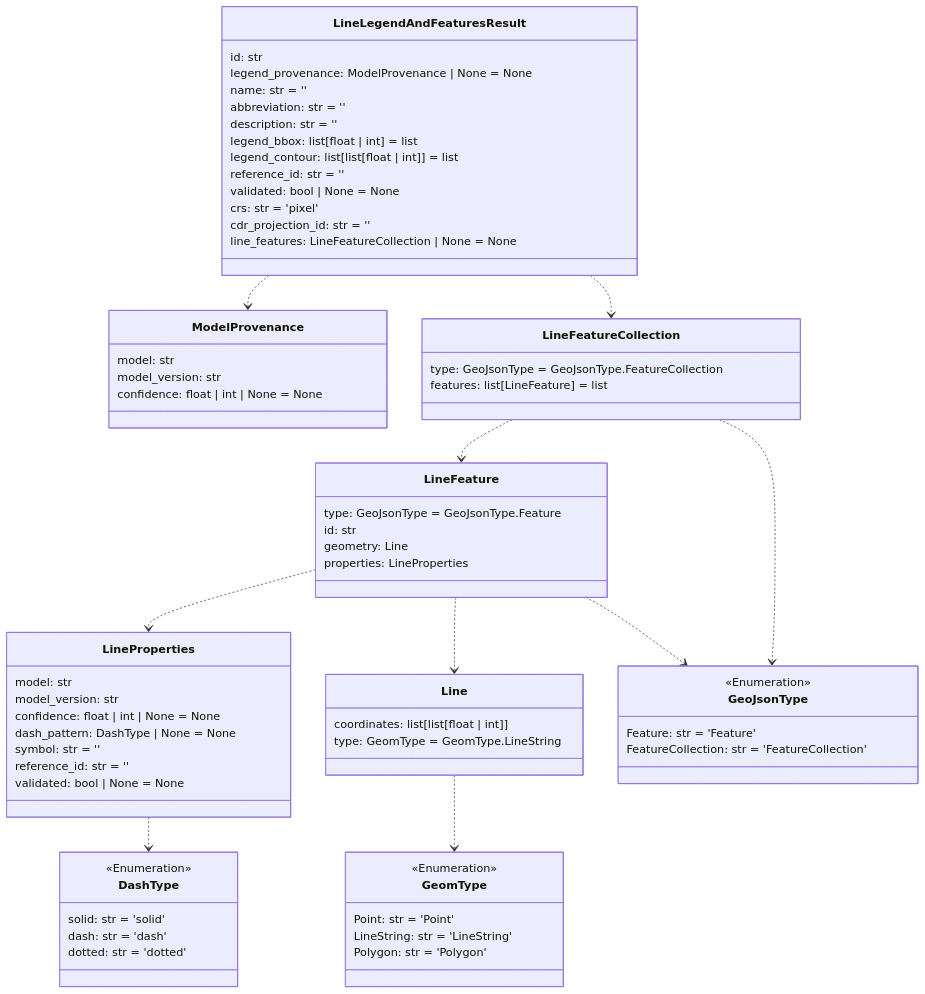
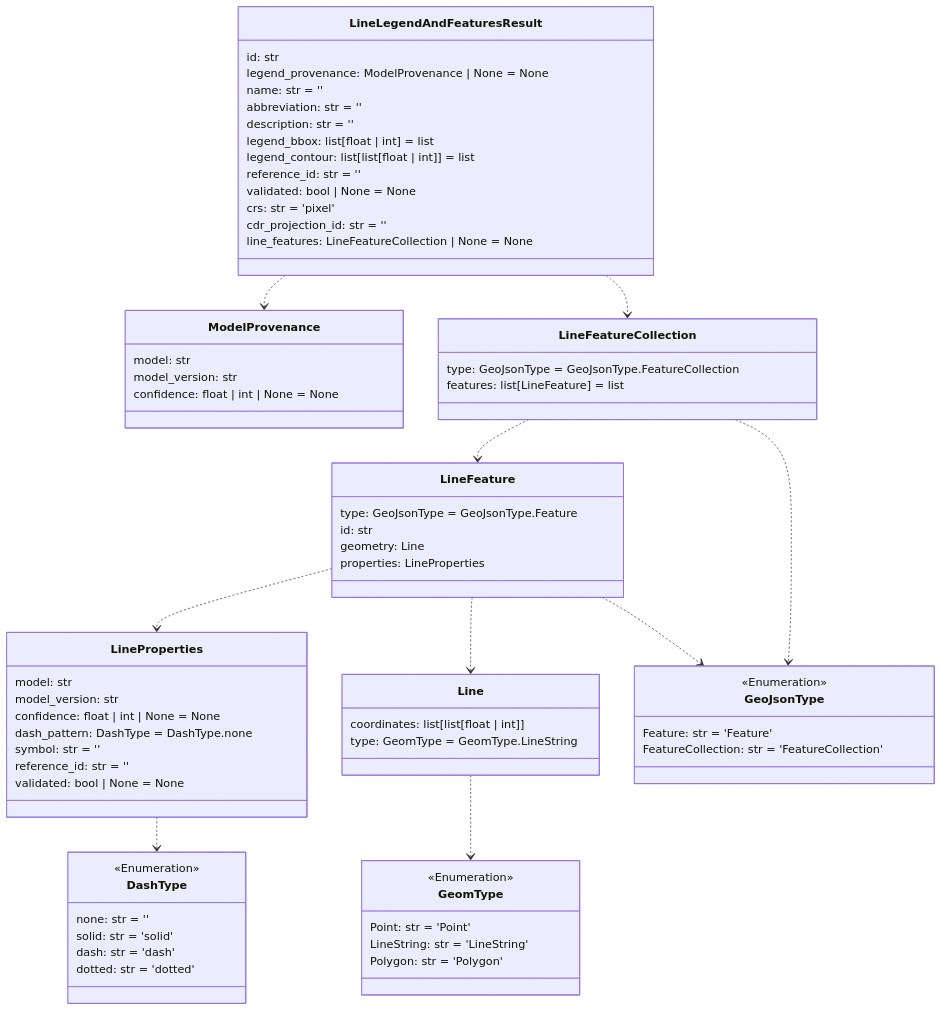
One commit to DARPA-CRITICALMAAS/cdr_schemas changed the sixth of 14 diagrams in README.md. Above: the diagram before and after it, drawn with Mermaid. The commit also changed 2 other files, not shown here.

Commit message:
Fix `dash_pattern` (#63)
* fix: dash_pattern

* docs: updated

````diff
--- a/README.md
+++ b/README.md
@@ -452,83 +452,84 @@
 ```mermaid
 classDiagram
 
     class GeomType {
         <<Enumeration>>
         Point: str = 'Point'
         LineString: str = 'LineString'
         Polygon: str = 'Polygon'
     }
 
-    class LineProperties {
-        model: str
-        model_version: str
-        confidence: float | int | None = None
-        dash_pattern: DashType | None = None
-        symbol: str = ''
-        reference_id: str = ''
-        validated: bool | None = None
-    }
-
     class ModelProvenance {
         model: str
         model_version: str
         confidence: float | int | None = None
     }
 
     class DashType {
         <<Enumeration>>
+        none: str = ''
         solid: str = 'solid'
         dash: str = 'dash'
         dotted: str = 'dotted'
+    }
+
+    class LineProperties {
+        model: str
+        model_version: str
+        confidence: float | int | None = None
+        dash_pattern: DashType = DashType.none
+        symbol: str = ''
+        reference_id: str = ''
+        validated: bool | None = None
+    }
+
+    class LineFeatureCollection {
+        type: GeoJsonType = GeoJsonType.FeatureCollection
+        features: list[LineFeature] = list
+    }
+
+    class LineFeature {
+        type: GeoJsonType = GeoJsonType.Feature
+        id: str
+        geometry: Line
+        properties: LineProperties
     }
 
     class LineLegendAndFeaturesResult {
         id: str
         legend_provenance: ModelProvenance | None = None
         name: str = ''
         abbreviation: str = ''
         description: str = ''
         legend_bbox: list[float | int] = list
         legend_contour: list[list[float | int]] = list
         reference_id: str = ''
         validated: bool | None = None
         crs: str = 'pixel'
         cdr_projection_id: str = ''
         line_features: LineFeatureCollection | None = None
     }
 
-    class LineFeature {
-        type: GeoJsonType = GeoJsonType.Feature
-        id: str
-        geometry: Line
-        properties: LineProperties
-    }
-
     class Line {
         coordinates: list[list[float | int]]
         type: GeomType = GeomType.LineString
-    }
-
-    class LineFeatureCollection {
-        type: GeoJsonType = GeoJsonType.FeatureCollection
-        features: list[LineFeature] = list
     }
 
     class GeoJsonType {
         <<Enumeration>>
         Feature: str = 'Feature'
         FeatureCollection: str = 'FeatureCollection'
     }
 
     Line ..> GeomType
     LineProperties ..> DashType
     LineFeature ..> LineProperties
     LineFeature ..> GeoJsonType
     LineFeature ..> Line
     LineFeatureCollection ..> LineFeature
     LineFeatureCollection ..> GeoJsonType
+    LineLegendAndFeaturesResult ..> ModelProvenance
     LineLegendAndFeaturesResult ..> LineFeatureCollection
-    LineLegendAndFeaturesResult ..> ModelProvenance
 
 
 ```
````
